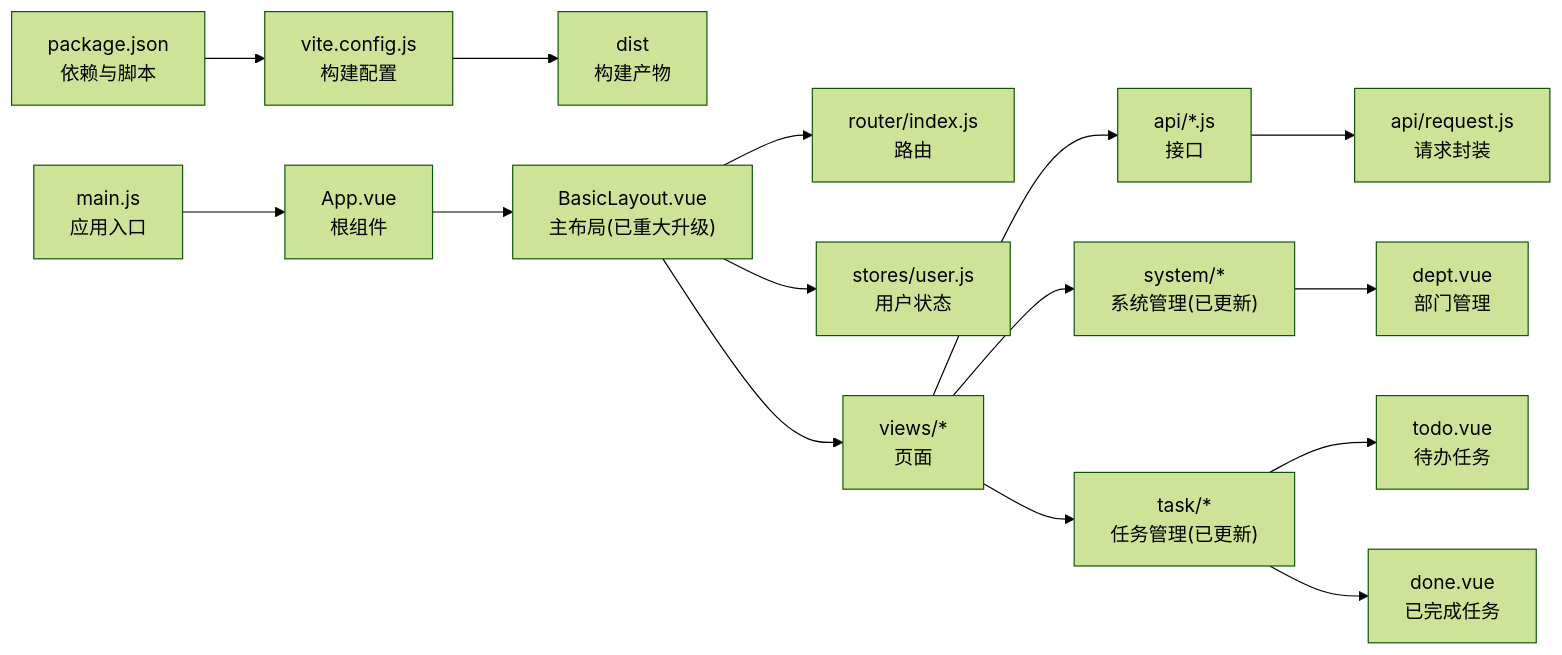
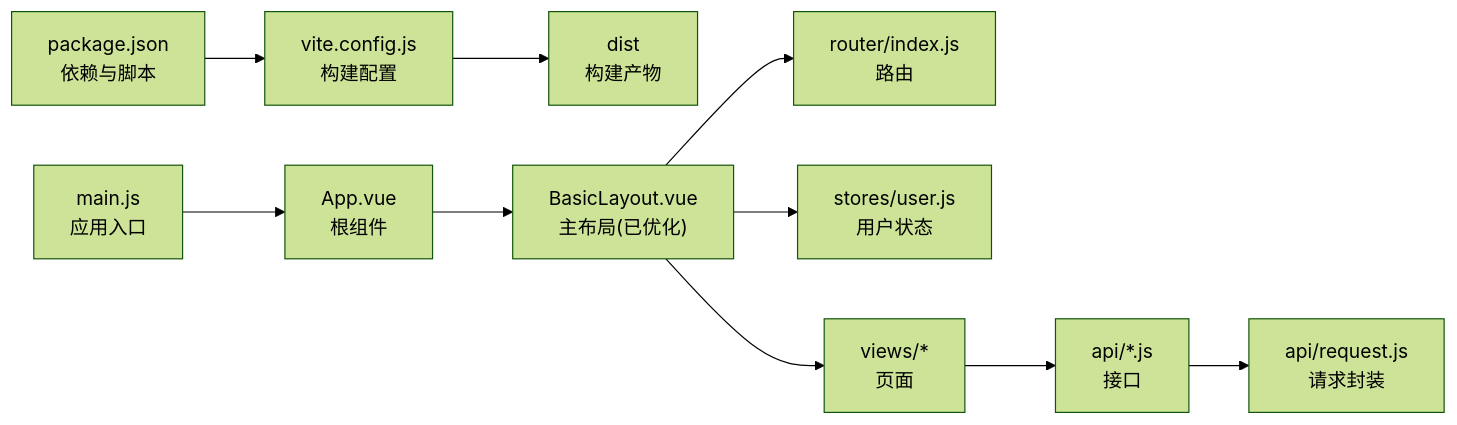
One commit to liming-lihaini/workflow changed the seventh of 7 diagrams in .qoder/repowiki/zh/content/用户界面设计/管理后台架构.md. Above: the diagram before and after it, drawn with Mermaid (forest theme). The commit also changed other lines of this file and 18 other files, not shown here.

````diff
--- a/.qoder/repowiki/zh/content/用户界面设计/管理后台架构.md
+++ b/.qoder/repowiki/zh/content/用户界面设计/管理后台架构.md
@@ -337,17 +330,12 @@
 ```mermaid
 graph LR
 P["package.json<br/>依赖与脚本"] --> V["vite.config.js<br/>构建配置"]
 V --> D["dist<br/>构建产物"]
 M["main.js<br/>应用入口"] --> A["App.vue<br/>根组件"]
-A --> L["BasicLayout.vue<br/>主布局(已重大升级)"]
+A --> L["BasicLayout.vue<br/>主布局(已优化)"]
 L --> R["router/index.js<br/>路由"]
 L --> S["stores/user.js<br/>用户状态"]
 L --> VIEWS["views/*<br/>页面"]
 VIEWS --> API["api/*.js<br/>接口"]
 API --> REQ["api/request.js<br/>请求封装"]
-VIEWS --> SYS["system/*<br/>系统管理(已更新)"]
-SYS --> DEPT["dept.vue<br/>部门管理"]
-VIEWS --> TASK["task/*<br/>任务管理(已更新)"]
-TASK --> TODO["todo.vue<br/>待办任务"]
-TASK --> DONE["done.vue<br/>已完成任务"]
 ```
````
